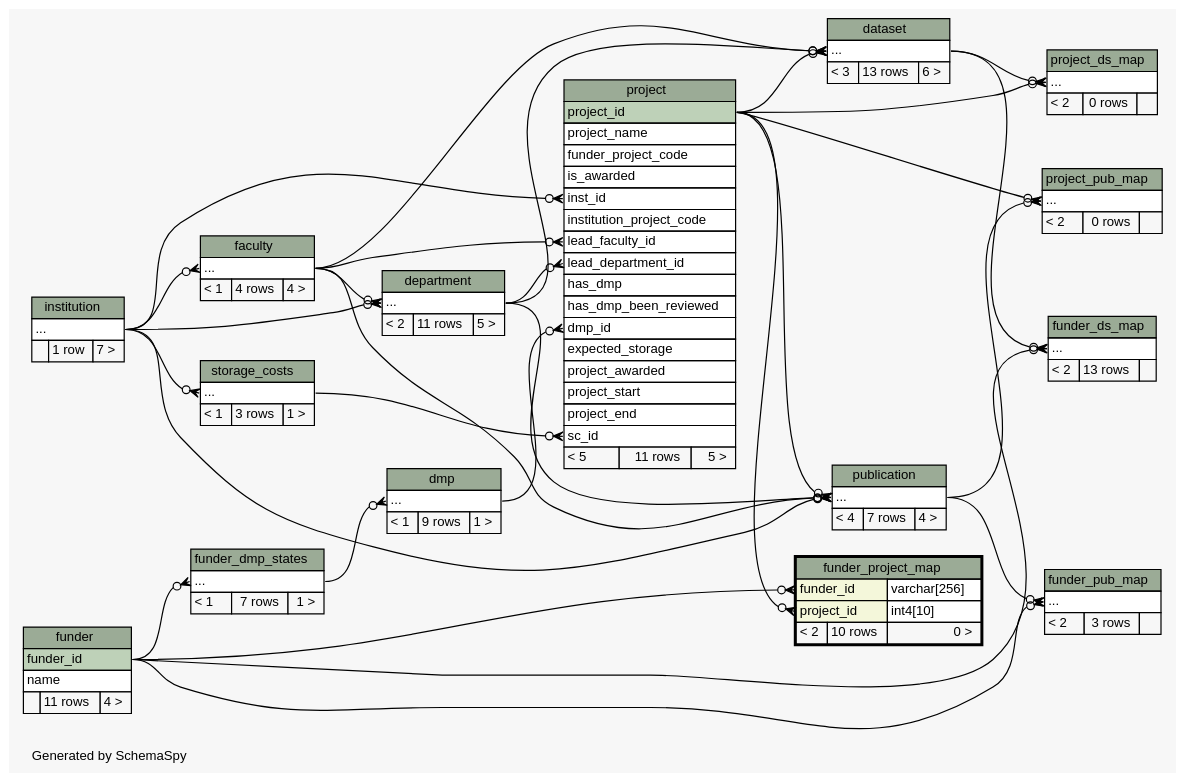
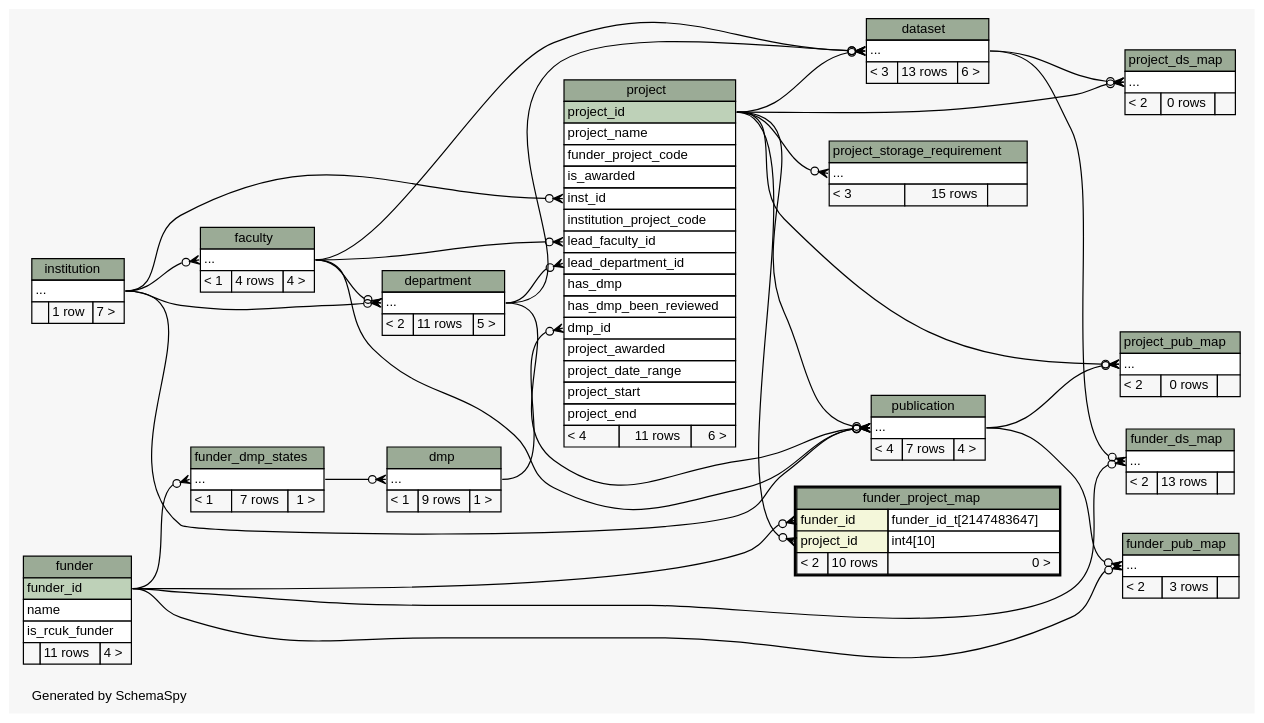
The diagram in ss.out/diagrams/funder_project_map.2degrees.dot (lulibrary/dmao_infrastructure), drawn with Graphviz before and after one commit. The commit also changed 121 other files, not shown here.

First line of the commit message:
dmao_infrastructure-3 Changes to support multiple storage platforms per project and costing changes over time. Now looking at the API interface to all this. Work in progress.

```diff
--- a/ss.out/diagrams/funder_project_map.2degrees.dot
+++ b/ss.out/diagrams/funder_project_map.2degrees.dot
@@ -1,4 +1,4 @@
-// dot 2.36.0 on Linux 3.13.0-55-generic
+// dot 2.36.0 on Linux 3.13.0-62-generic
 // SchemaSpy rev 590
 digraph "twoDegreesRelationshipsDiagram" {
   graph [
@@ -37,16 +37,15 @@
   "project":"inst_id":w -> "institution":"elipses":e [arrowhead=none dir=back arrowtail=crowodot];
   "project":"lead_department_id":w -> "department":"elipses":e [arrowhead=none dir=back arrowtail=crowodot];
   "project":"lead_faculty_id":w -> "faculty":"elipses":e [arrowhead=none dir=back arrowtail=crowodot];
-  "project":"sc_id":w -> "storage_costs":"elipses":e [arrowhead=none dir=back arrowtail=crowodot];
   "project_ds_map":"elipses":w -> "dataset":"elipses":e [arrowhead=none dir=back arrowtail=crowodot];
   "project_ds_map":"elipses":w -> "project":"project_id":e [arrowhead=none dir=back arrowtail=crowodot];
   "project_pub_map":"elipses":w -> "project":"project_id":e [arrowhead=none dir=back arrowtail=crowodot];
   "project_pub_map":"elipses":w -> "publication":"elipses":e [arrowhead=none dir=back arrowtail=crowodot];
+  "project_storage_requirement":"elipses":w -> "project":"project_id":e [arrowhead=none dir=back arrowtail=crowodot];
   "publication":"elipses":w -> "department":"elipses":e [arrowhead=none dir=back arrowtail=crowodot];
   "publication":"elipses":w -> "faculty":"elipses":e [arrowhead=none dir=back arrowtail=crowodot];
   "publication":"elipses":w -> "institution":"elipses":e [arrowhead=none dir=back arrowtail=crowodot];
   "publication":"elipses":w -> "project":"project_id":e [arrowhead=none dir=back arrowtail=crowodot];
-  "storage_costs":"elipses":w -> "institution":"elipses":e [arrowhead=none dir=back arrowtail=crowodot];
   "dataset" [
     label=<
     <TABLE BORDER="0" CELLBORDER="1" CELLSPACING="0" BGCOLOR="#ffffff">
@@ -93,6 +92,7 @@
       <TR><TD COLSPAN="3" BGCOLOR="#9bab96" ALIGN="CENTER">funder</TD></TR>
       <TR><TD PORT="funder_id" COLSPAN="3" BGCOLOR="#bed1b8" ALIGN="LEFT">funder_id</TD></TR>
       <TR><TD PORT="name" COLSPAN="3" ALIGN="LEFT">name</TD></TR>
+      <TR><TD PORT="is_rcuk_funder" COLSPAN="3" ALIGN="LEFT">is_rcuk_funder</TD></TR>
       <TR><TD ALIGN="LEFT" BGCOLOR="#f7f7f7">  </TD><TD ALIGN="RIGHT" BGCOLOR="#f7f7f7">11 rows</TD><TD ALIGN="RIGHT" BGCOLOR="#f7f7f7">4 &gt;</TD></TR>
     </TABLE>>
     URL="funder.html"
@@ -122,7 +122,7 @@
     label=<
     <TABLE BORDER="2" CELLBORDER="1" CELLSPACING="0" BGCOLOR="#ffffff">
       <TR><TD COLSPAN="3" BGCOLOR="#9bab96" ALIGN="CENTER">funder_project_map</TD></TR>
-      <TR><TD PORT="funder_id" COLSPAN="2" BGCOLOR="#f4f7da" ALIGN="LEFT">funder_id</TD><TD PORT="funder_id.type" ALIGN="LEFT">varchar[256]</TD></TR>
+      <TR><TD PORT="funder_id" COLSPAN="2" BGCOLOR="#f4f7da" ALIGN="LEFT">funder_id</TD><TD PORT="funder_id.type" ALIGN="LEFT">funder_id_t[2147483647]</TD></TR>
       <TR><TD PORT="project_id" COLSPAN="2" BGCOLOR="#f4f7da" ALIGN="LEFT">project_id</TD><TD PORT="project_id.type" ALIGN="LEFT">int4[10]</TD></TR>
       <TR><TD ALIGN="LEFT" BGCOLOR="#f7f7f7">&lt; 2</TD><TD ALIGN="RIGHT" BGCOLOR="#f7f7f7">10 rows</TD><TD ALIGN="RIGHT" BGCOLOR="#f7f7f7">0 &gt;</TD></TR>
     </TABLE>>
@@ -164,12 +164,11 @@
       <TR><TD PORT="has_dmp" COLSPAN="3" ALIGN="LEFT">has_dmp</TD></TR>
       <TR><TD PORT="has_dmp_been_reviewed" COLSPAN="3" ALIGN="LEFT">has_dmp_been_reviewed</TD></TR>
       <TR><TD PORT="dmp_id" COLSPAN="3" ALIGN="LEFT">dmp_id</TD></TR>
-      <TR><TD PORT="expected_storage" COLSPAN="3" ALIGN="LEFT">expected_storage</TD></TR>
       <TR><TD PORT="project_awarded" COLSPAN="3" ALIGN="LEFT">project_awarded</TD></TR>
+      <TR><TD PORT="project_date_range" COLSPAN="3" ALIGN="LEFT">project_date_range</TD></TR>
       <TR><TD PORT="project_start" COLSPAN="3" ALIGN="LEFT">project_start</TD></TR>
       <TR><TD PORT="project_end" COLSPAN="3" ALIGN="LEFT">project_end</TD></TR>
-      <TR><TD PORT="sc_id" COLSPAN="3" ALIGN="LEFT">sc_id</TD></TR>
-      <TR><TD ALIGN="LEFT" BGCOLOR="#f7f7f7">&lt; 5</TD><TD ALIGN="RIGHT" BGCOLOR="#f7f7f7">11 rows</TD><TD ALIGN="RIGHT" BGCOLOR="#f7f7f7">5 &gt;</TD></TR>
+      <TR><TD ALIGN="LEFT" BGCOLOR="#f7f7f7">&lt; 4</TD><TD ALIGN="RIGHT" BGCOLOR="#f7f7f7">11 rows</TD><TD ALIGN="RIGHT" BGCOLOR="#f7f7f7">6 &gt;</TD></TR>
     </TABLE>>
     URL="project.html"
     tooltip="project"
@@ -194,6 +193,16 @@
     URL="project_pub_map.html"
     tooltip="project_pub_map"
   ];
+  "project_storage_requirement" [
+    label=<
+    <TABLE BORDER="0" CELLBORDER="1" CELLSPACING="0" BGCOLOR="#ffffff">
+      <TR><TD COLSPAN="3" BGCOLOR="#9bab96" ALIGN="CENTER">project_storage_requirement</TD></TR>
+      <TR><TD PORT="elipses" COLSPAN="3" ALIGN="LEFT">...</TD></TR>
+      <TR><TD ALIGN="LEFT" BGCOLOR="#f7f7f7">&lt; 3</TD><TD ALIGN="RIGHT" BGCOLOR="#f7f7f7">15 rows</TD><TD ALIGN="RIGHT" BGCOLOR="#f7f7f7">  </TD></TR>
+    </TABLE>>
+    URL="project_storage_requirement.html"
+    tooltip="project_storage_requirement"
+  ];
   "publication" [
     label=<
     <TABLE BORDER="0" CELLBORDER="1" CELLSPACING="0" BGCOLOR="#ffffff">
@@ -204,14 +213,4 @@
     URL="publication.html"
     tooltip="publication"
   ];
-  "storage_costs" [
-    label=<
-    <TABLE BORDER="0" CELLBORDER="1" CELLSPACING="0" BGCOLOR="#ffffff">
-      <TR><TD COLSPAN="3" BGCOLOR="#9bab96" ALIGN="CENTER">storage_costs</TD></TR>
-      <TR><TD PORT="elipses" COLSPAN="3" ALIGN="LEFT">...</TD></TR>
-      <TR><TD ALIGN="LEFT" BGCOLOR="#f7f7f7">&lt; 1</TD><TD ALIGN="RIGHT" BGCOLOR="#f7f7f7">3 rows</TD><TD ALIGN="RIGHT" BGCOLOR="#f7f7f7">1 &gt;</TD></TR>
-    </TABLE>>
-    URL="storage_costs.html"
-    tooltip="storage_costs"
-  ];
 }
```
